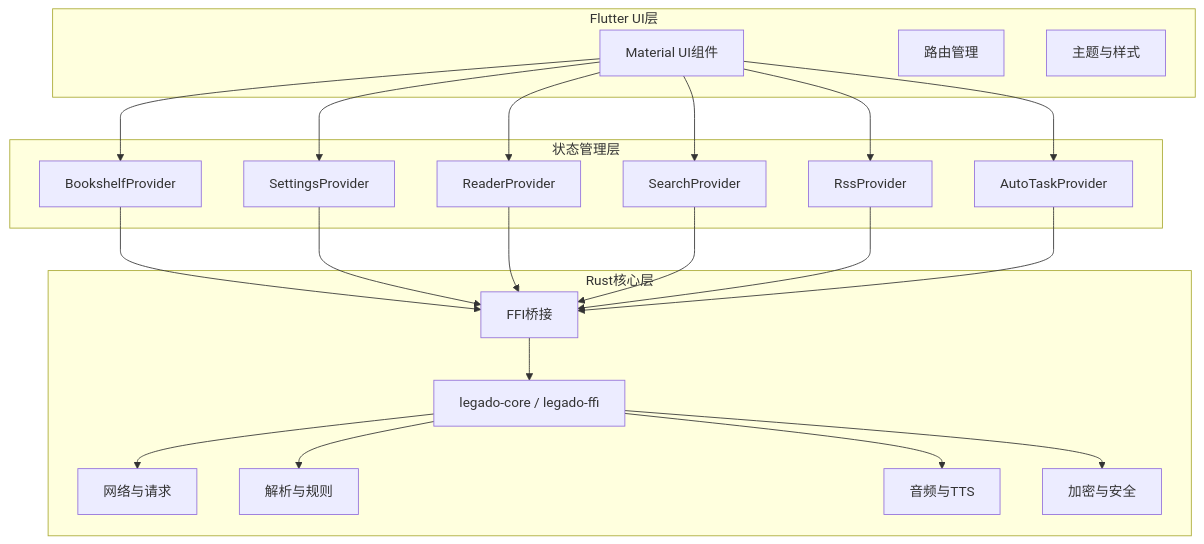
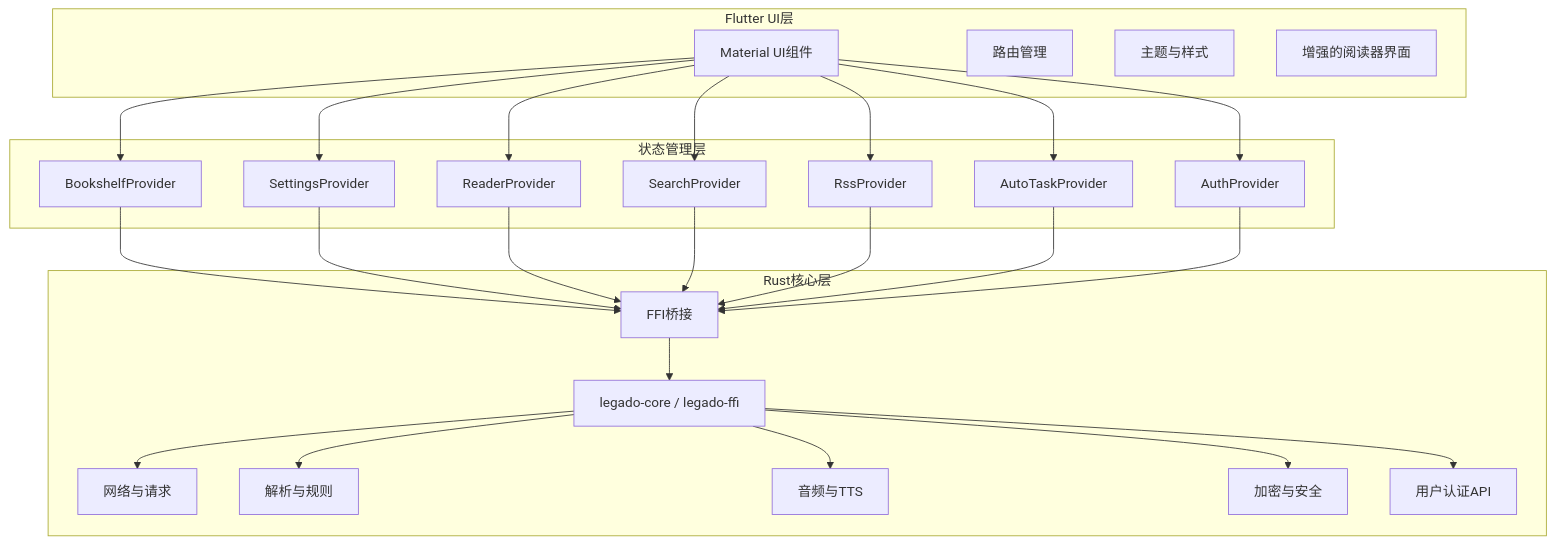
Before and after one commit to ZhangGHGitHub/LegadoTeamFlutter: the second of 8 diagrams in .qoder/repowiki/zh/content/Flutter跨平台应用/Flutter跨平台应用.md, drawn with Mermaid. The commit also changed other lines of this file and 269 other files, not shown here.

````diff
--- a/.qoder/repowiki/zh/content/Flutter跨平台应用/Flutter跨平台应用.md
+++ b/.qoder/repowiki/zh/content/Flutter跨平台应用/Flutter跨平台应用.md
@@ -99,41 +111,47 @@
 ```mermaid
 graph TB
 subgraph "Flutter UI层"
 UI["Material UI组件"]
 Router["路由管理"]
 Theme["主题与样式"]
+Reader["增强的阅读器界面"]
 end
 subgraph "状态管理层"
 PBookshelf["BookshelfProvider"]
 PSettings["SettingsProvider"]
 PReader["ReaderProvider"]
 PSearch["SearchProvider"]
 PRss["RssProvider"]
 PAuto["AutoTaskProvider"]
+PAuth["AuthProvider"]
 end
 subgraph "Rust核心层"
 FFI["FFI桥接"]
 Core["legado-core / legado-ffi"]
 Net["网络与请求"]
 Parse["解析与规则"]
 Audio["音频与TTS"]
 Crypto["加密与安全"]
+Auth["用户认证API"]
 end
 UI --> PBookshelf
 UI --> PSettings
 UI --> PReader
 UI --> PSearch
 UI --> PRss
 UI --> PAuto
+UI --> PAuth
 PBookshelf --> FFI
 PSettings --> FFI
 PReader --> FFI
 PSearch --> FFI
 PRss --> FFI
 PAuto --> FFI
+PAuth --> FFI
 FFI --> Core
 Core --> Net
 Core --> Parse
 Core --> Audio
 Core --> Crypto
+Core --> Auth
 ```
````
